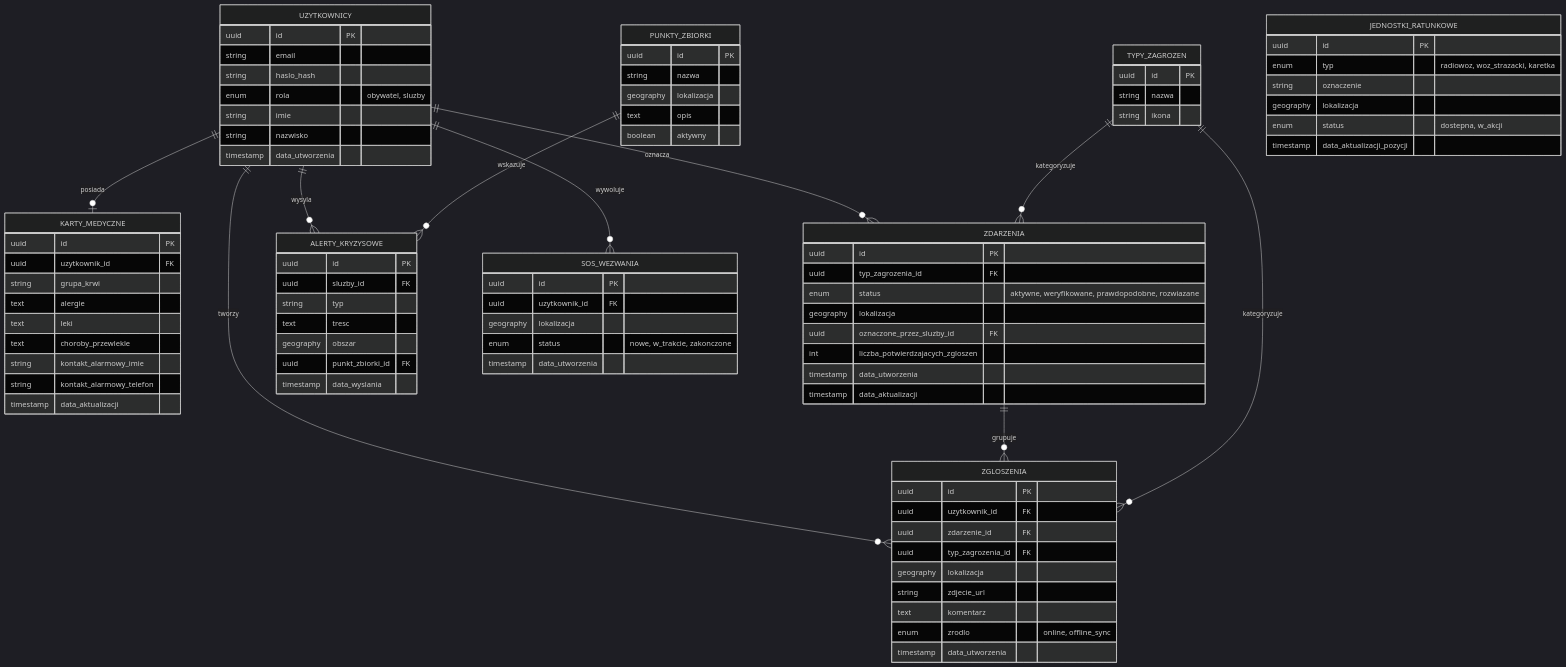
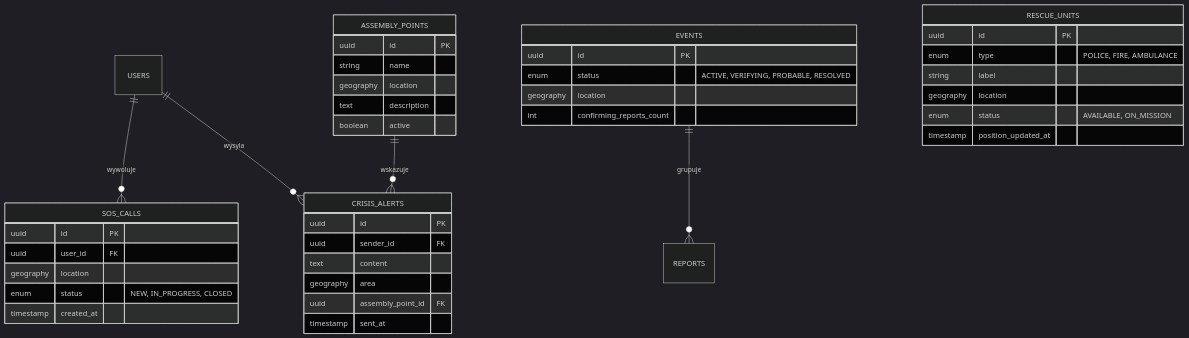
Before and after one commit to kjanoska5/CrisisManagement-Backend: the second of 2 diagrams in docs/database-schema.md, drawn with Mermaid (dark theme). The commit also changed other lines of this file, not shown here.

First line of the commit message:
Update database-schema.md

````diff
--- a/docs/database-schema.md
+++ b/docs/database-schema.md
@@ -25,98 +100,48 @@
 ```mermaid
 erDiagram
-    UZYTKOWNICY ||--o| KARTY_MEDYCZNE : posiada
-    UZYTKOWNICY ||--o{ ZGLOSZENIA : tworzy
-    UZYTKOWNICY ||--o{ ZDARZENIA : oznacza
-    UZYTKOWNICY ||--o{ ALERTY_KRYZYSOWE : wysyla
-    UZYTKOWNICY ||--o{ SOS_WEZWANIA : wywoluje
-    ZDARZENIA ||--o{ ZGLOSZENIA : grupuje
-    TYPY_ZAGROZEN ||--o{ ZGLOSZENIA : kategoryzuje
-    TYPY_ZAGROZEN ||--o{ ZDARZENIA : kategoryzuje
-    PUNKTY_ZBIORKI ||--o{ ALERTY_KRYZYSOWE : wskazuje
+    USERS ||--o{ SOS_CALLS : wywoluje
+    USERS ||--o{ CRISIS_ALERTS : wysyla
+    ASSEMBLY_POINTS ||--o{ CRISIS_ALERTS : wskazuje
+    EVENTS ||--o{ REPORTS : grupuje
 
-    UZYTKOWNICY {
+    SOS_CALLS {
         uuid id PK
-        string email
-        string haslo_hash
-        enum rola "obywatel, sluzby"
-        string imie
-        string nazwisko
-        timestamp data_utworzenia
+        uuid user_id FK
+        geography location
+        enum status "NEW, IN_PROGRESS, CLOSED"
+        timestamp created_at
     }
 
-    KARTY_MEDYCZNE {
+    CRISIS_ALERTS {
         uuid id PK
-        uuid uzytkownik_id FK
-        string grupa_krwi
-        text alergie
-        text leki
-        text choroby_przewlekle
-        string kontakt_alarmowy_imie
-        string kontakt_alarmowy_telefon
-        timestamp data_aktualizacji
+        uuid sender_id FK
+        text content
+        geography area
+        uuid assembly_point_id FK
+        timestamp sent_at
     }
 
-    TYPY_ZAGROZEN {
+    ASSEMBLY_POINTS {
         uuid id PK
-        string nazwa
-        string ikona
+        string name
+        geography location
+        text description
+        boolean active
     }
 
-    ZGLOSZENIA {
+    EVENTS {
         uuid id PK
-        uuid uzytkownik_id FK
-        uuid zdarzenie_id FK
-        uuid typ_zagrozenia_id FK
-        geography lokalizacja
-        string zdjecie_url
-        text komentarz
-        enum zrodlo "online, offline_sync"
-        timestamp data_utworzenia
+        enum status "ACTIVE, VERIFYING, PROBABLE, RESOLVED"
+        geography location
+        int confirming_reports_count
     }
 
-    ZDARZENIA {
+    RESCUE_UNITS {
         uuid id PK
-        uuid typ_zagrozenia_id FK
-        enum status "aktywne, weryfikowane, prawdopodobne, rozwiazane"
-        geography lokalizacja
-        uuid oznaczone_przez_sluzby_id FK
-        int liczba_potwierdzajacych_zgloszen
-        timestamp data_utworzenia
-        timestamp data_aktualizacji
-    }
-
-    ALERTY_KRYZYSOWE {
-        uuid id PK
-        uuid sluzby_id FK
-        string typ
-        text tresc
-        geography obszar
-        uuid punkt_zbiorki_id FK
-        timestamp data_wyslania
-    }
-
-    PUNKTY_ZBIORKI {
-        uuid id PK
-        string nazwa
-        geography lokalizacja
-        text opis
-        boolean aktywny
-    }
-
-    JEDNOSTKI_RATUNKOWE {
-        uuid id PK
-        enum typ "radiowoz, woz_strazacki, karetka"
-        string oznaczenie
-        geography lokalizacja
-        enum status "dostepna, w_akcji"
-        timestamp data_aktualizacji_pozycji
-    }
-
-    SOS_WEZWANIA {
-        uuid id PK
-        uuid uzytkownik_id FK
-        geography lokalizacja
-        enum status "nowe, w_trakcie, zakonczone"
-        timestamp data_utworzenia
+        enum type "POLICE, FIRE, AMBULANCE"
+        string label
+        geography location
+        enum status "AVAILABLE, ON_MISSION"
+        timestamp position_updated_at
     }
 ```
````
